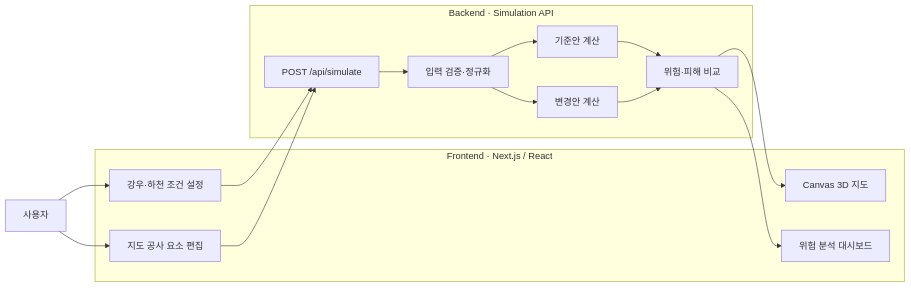
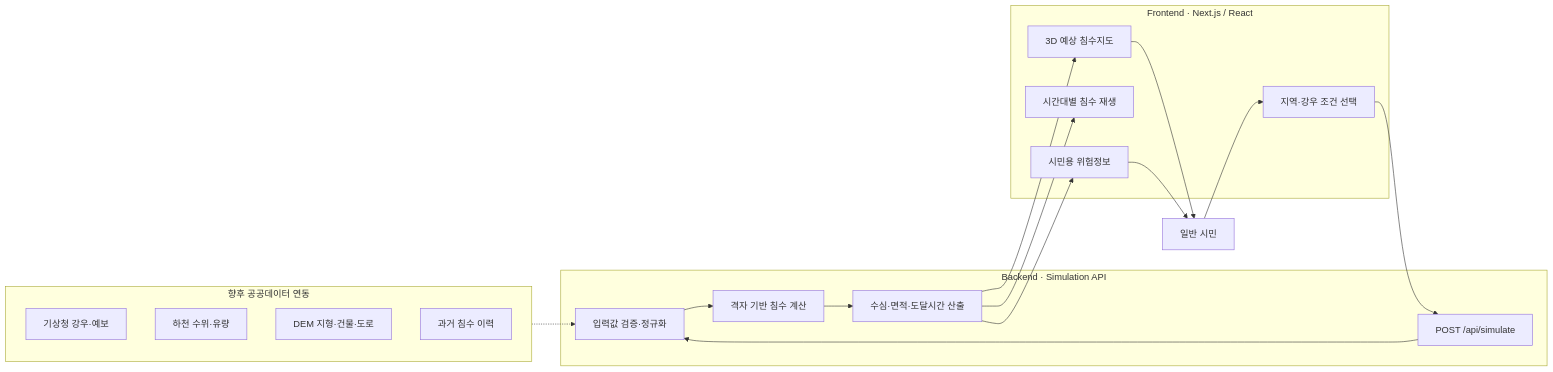
Before and after one commit to fud21/2026_GDGoC_SCH: the diagram in README.md, drawn with Mermaid. The commit also changed other lines of this file, not shown here.

````diff
--- a/README.md
+++ b/README.md
@@ -62,31 +88,37 @@
 ```mermaid
 flowchart LR
-    USER["사용자"]
+    USER["일반 시민"]
 
     subgraph FRONTEND["Frontend · Next.js / React"]
-        CONTROL["강우·하천 조건 설정"]
-        EDITOR["지도 공사 요소 편집"]
-        CANVAS["Canvas 3D 지도"]
-        RESULT["위험 분석 대시보드"]
+        REGION["지역·강우 조건 선택"]
+        MAP["3D 예상 침수지도"]
+        TIMELINE["시간대별 침수 재생"]
+        RESULT["시민용 위험정보"]
     end
 
     subgraph BACKEND["Backend · Simulation API"]
         API["POST /api/simulate"]
-        VALIDATE["입력 검증·정규화"]
-        BASELINE["기준안 계산"]
-        SCENARIO["변경안 계산"]
-        COMPARE["위험·피해 비교"]
+        VALIDATE["입력값 검증·정규화"]
+        MODEL["격자 기반 침수 계산"]
+        METRICS["수심·면적·도달시간 산출"]
     end
 
-    USER --> CONTROL
-    USER --> EDITOR
-    CONTROL --> API
-    EDITOR --> API
+    subgraph DATA["향후 공공데이터 연동"]
+        WEATHER["기상청 강우·예보"]
+        WATER["하천 수위·유량"]
+        TERRAIN["DEM 지형·건물·도로"]
+        FLOOD["과거 침수 이력"]
+    end
+
+    USER --> REGION
+    REGION --> API
+    DATA -.-> VALIDATE
     API --> VALIDATE
-    VALIDATE --> BASELINE
-    VALIDATE --> SCENARIO
-    BASELINE --> COMPARE
-    SCENARIO --> COMPARE
-    COMPARE --> CANVAS
-    COMPARE --> RESULT
+    VALIDATE --> MODEL
+    MODEL --> METRICS
+    METRICS --> MAP
+    METRICS --> TIMELINE
+    METRICS --> RESULT
+    MAP --> USER
+    RESULT --> USER
 ```
````
